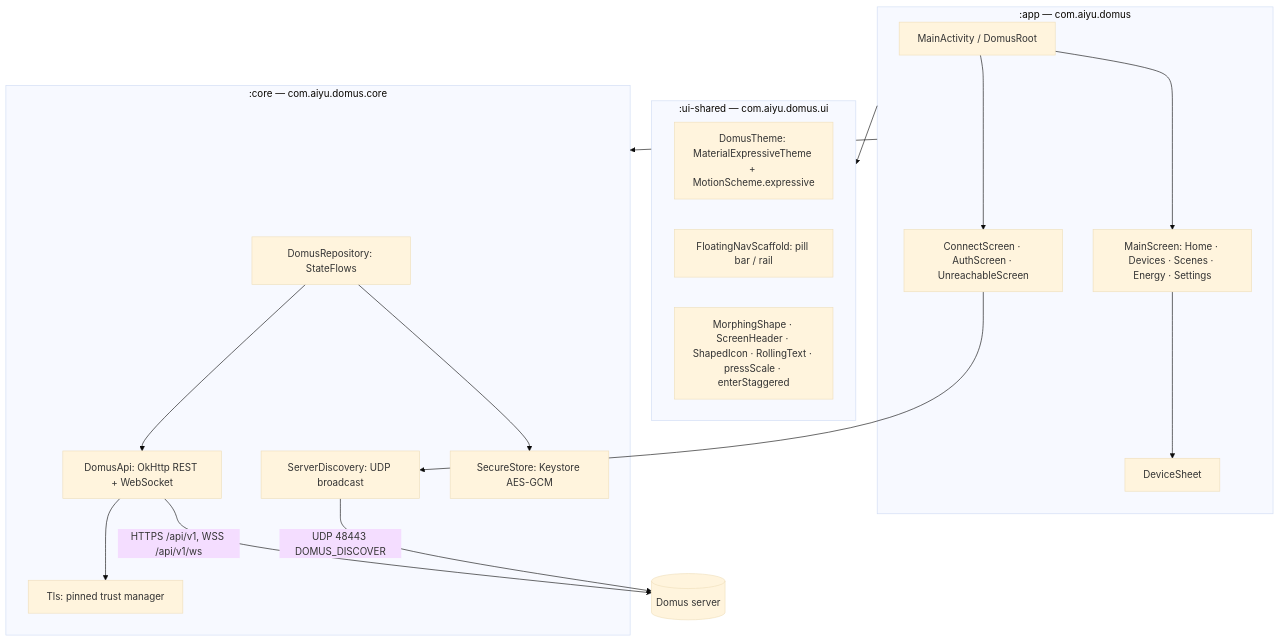
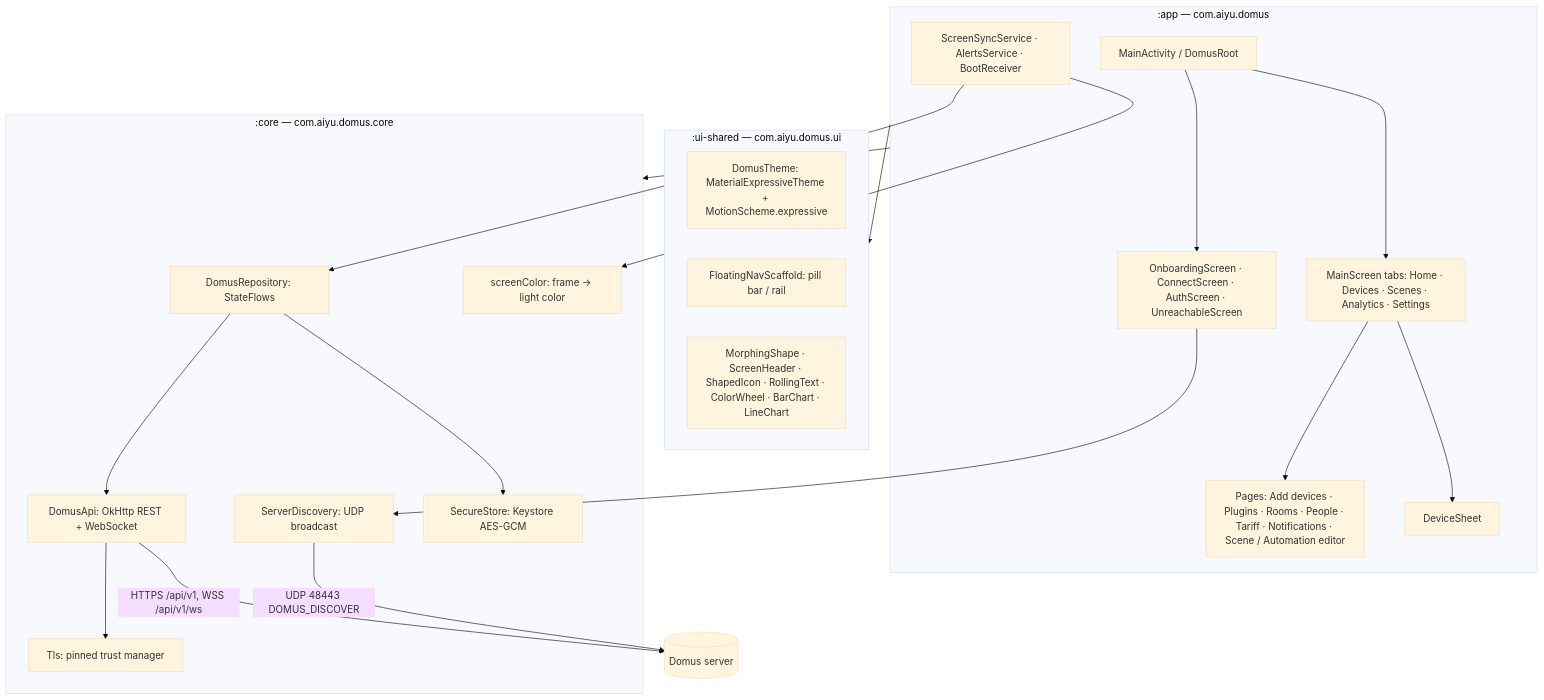
The first of 3 diagrams in development/docs/ANDROID_APP.md (aiyu-ayaan/Domus), drawn with Mermaid (base theme) before and after one commit. The commit also changed other lines of this file and 3 other files, not shown here.

Commit message:
docs(Android) : Document onboarding sync, editors, Screen Sync, alerts, analytics and the dev gateway

````diff
--- a/development/docs/ANDROID_APP.md
+++ b/development/docs/ANDROID_APP.md
@@ -9,30 +10,35 @@
 ```mermaid
 flowchart TD
     subgraph app[":app — com.aiyu.domus"]
         MA[MainActivity / DomusRoot]
-        CS[ConnectScreen · AuthScreen · UnreachableScreen]
-        MS[MainScreen: Home · Devices · Scenes · Energy · Settings]
+        CS[OnboardingScreen · ConnectScreen · AuthScreen · UnreachableScreen]
+        MS[MainScreen tabs: Home · Devices · Scenes · Analytics · Settings]
+        PG[Pages: Add devices · Plugins · Rooms · People · Tariff · Notifications · Scene / Automation editor]
         DS[DeviceSheet]
+        SV[ScreenSyncService · AlertsService · BootReceiver]
     end
     subgraph ui[":ui-shared — com.aiyu.domus.ui"]
         TH[DomusTheme: MaterialExpressiveTheme + MotionScheme.expressive]
         NAV[FloatingNavScaffold: pill bar / rail]
-        CMP[MorphingShape · ScreenHeader · ShapedIcon · RollingText · pressScale · enterStaggered]
+        CMP[MorphingShape · ScreenHeader · ShapedIcon · RollingText · ColorWheel · BarChart · LineChart]
     end
     subgraph core[":core — com.aiyu.domus.core"]
         REPO[DomusRepository: StateFlows]
         API[DomusApi: OkHttp REST + WebSocket]
         TLS[Tls: pinned trust manager]
         DISC[ServerDiscovery: UDP broadcast]
         STORE[SecureStore: Keystore AES-GCM]
+        COL[screenColor: frame -> light color]
     end
     MA --> CS & MS
-    MS --> DS
+    MS --> DS & PG
+    SV --> REPO
+    SV --> COL
     app --> ui
     app --> core
     REPO --> API --> TLS
     REPO --> STORE
     CS --> DISC
     API -- "HTTPS /api/v1, WSS /api/v1/ws" --> SRV[(Domus server)]
     DISC -- "UDP 48443 DOMUS_DISCOVER" --> SRV
 ```
````
